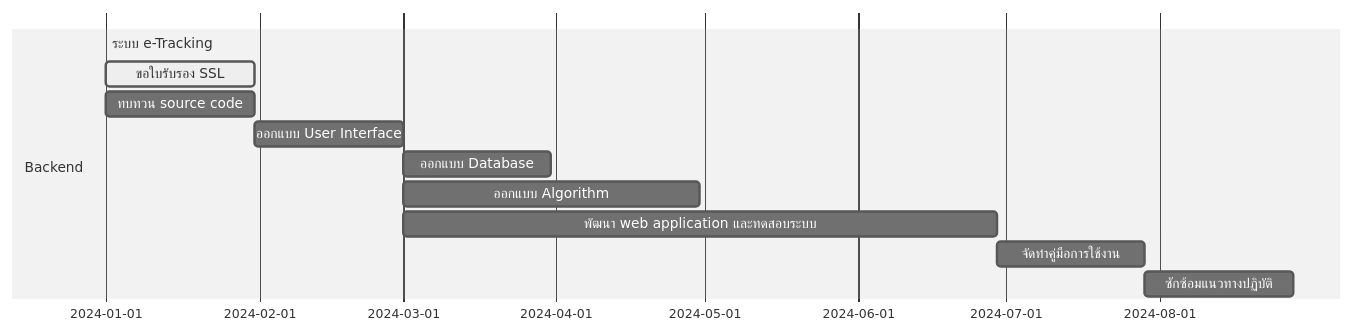
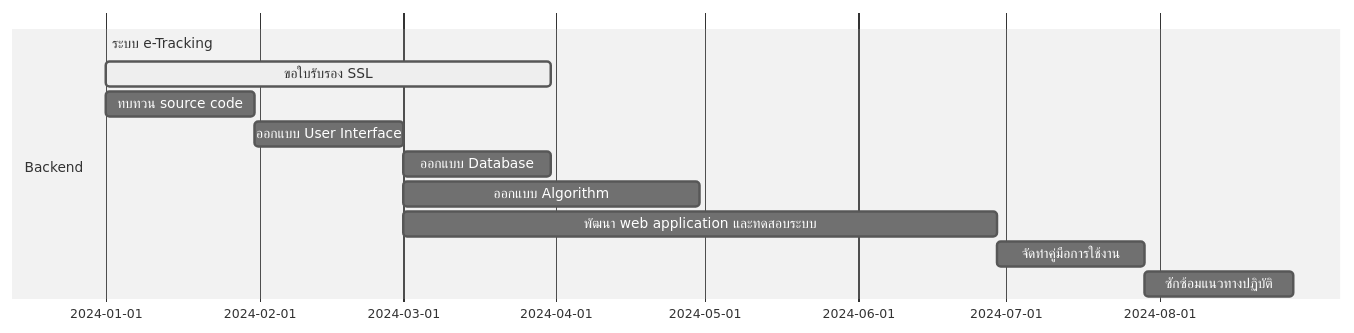
One commit to Kietpawpan/e-tracking changed the diagram in README.md. Above: the diagram before and after it, drawn with Mermaid (neutral theme).

````diff
--- a/README.md
+++ b/README.md
@@ -6,15 +6,15 @@
 ```mermaid
 gantt
     section Backend
     ระบบ e-Tracking :done,    des1, 2024-01-01,2024-01-30
-    ขอใบรับรอง SSL        :active, des2, after des1, 30d
+    ขอใบรับรอง SSL        :active, des2, after des1, 90d
     ทบทวน source code  :         des3, after des1, 30d
     ออกแบบ User Interface  :         des4, after des3, 30d
     ออกแบบ Database   :         des5, after des4, 30d
     ออกแบบ Algorithm   :         des6, after des4, 60d
     พัฒนา web application และทดสอบระบบ   :         des7, after des4, 120d
     จัดทำคู่มือการใช้งาน   :         des8, after des7, 30d
     ซักซ้อมแนวทางปฏิบัติ   :         des9, after des8, 30d
 
 
 ```
````
